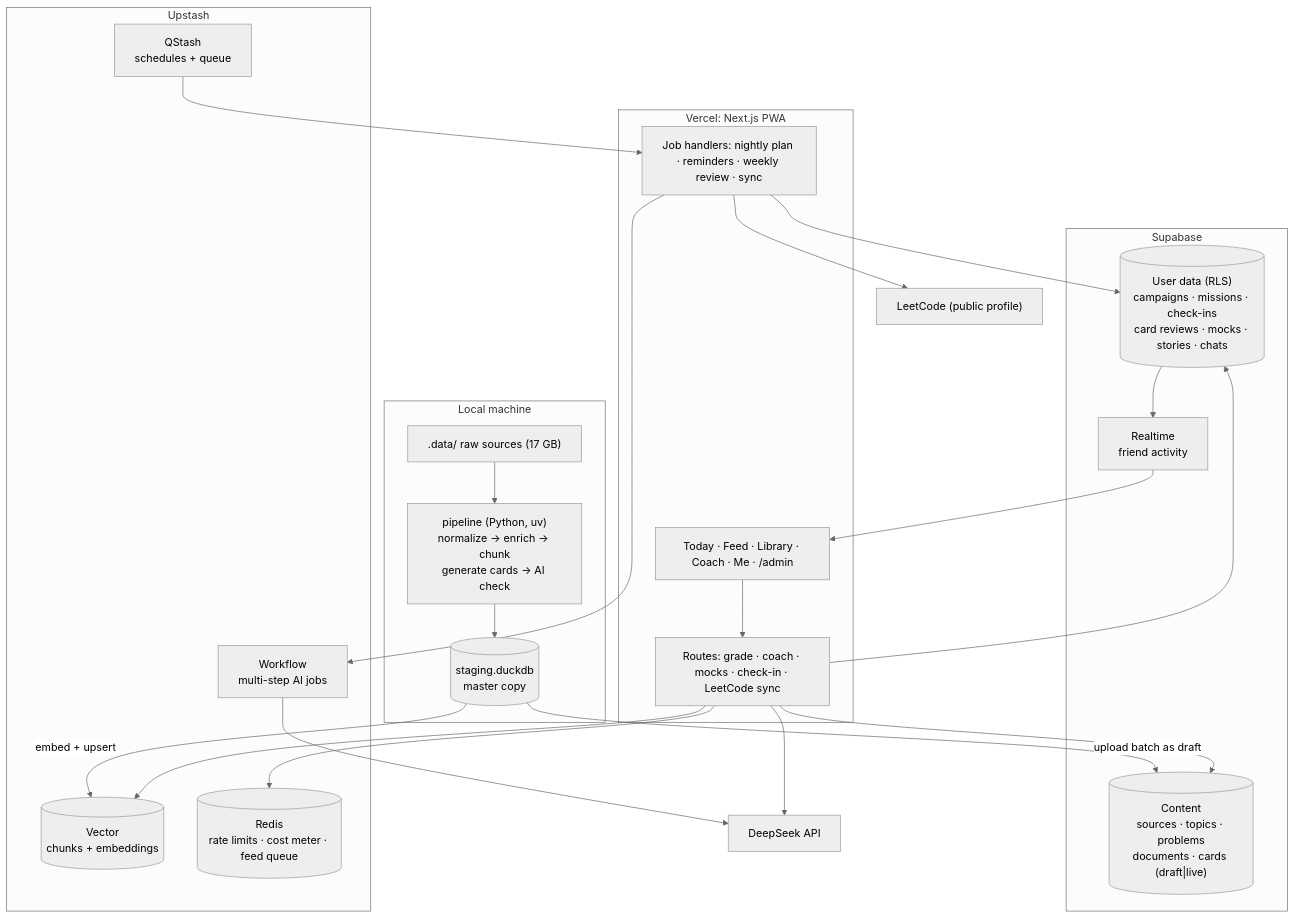
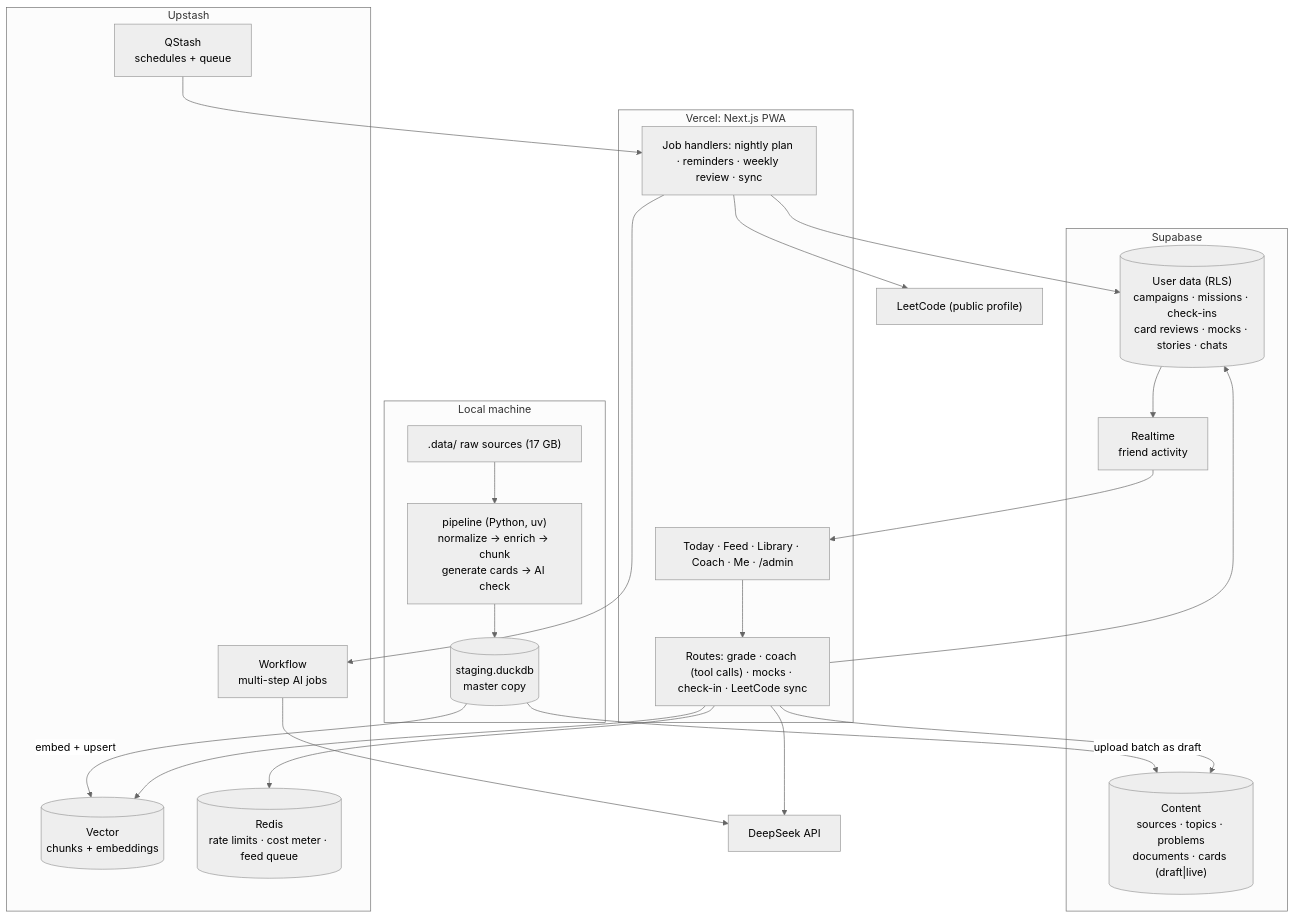
One commit to Am4nn/90X changed the diagram in .planning/SPEC.md. Above: the diagram before and after it, drawn with Mermaid (neutral theme). The commit also changed other lines of this file, not shown here.

Commit message:
Spec: tool-using coach with read tools and confirm-to-act actions

````diff
--- a/.planning/SPEC.md
+++ b/.planning/SPEC.md
@@ -71,42 +72,42 @@
 ```mermaid
 flowchart TB
   subgraph Local["Local machine"]
     RAW[".data/ raw sources (17 GB)"]
     PIPE["pipeline (Python, uv)<br/>normalize → enrich → chunk<br/>generate cards → AI check"]
     STG[("staging.duckdb<br/>master copy")]
     RAW --> PIPE --> STG
   end
 
   subgraph Upstash
     VEC[("Vector<br/>chunks + embeddings")]
     RED[("Redis<br/>rate limits · cost meter · feed queue")]
     QS["QStash<br/>schedules + queue"]
     WF["Workflow<br/>multi-step AI jobs"]
   end
 
   subgraph Supabase
     CONTENT[("Content<br/>sources · topics · problems<br/>documents · cards (draft|live)")]
     USER[("User data (RLS)<br/>campaigns · missions · check-ins<br/>card reviews · mocks · stories · chats")]
     RT["Realtime<br/>friend activity"]
   end
 
   subgraph Vercel["Vercel: Next.js PWA"]
     UI["Today · Feed · Library · Coach · Me · /admin"]
-    API["Routes: grade · coach · mocks · check-in · LeetCode sync"]
+    API["Routes: grade · coach (tool calls) · mocks · check-in · LeetCode sync"]
     JOBS["Job handlers: nightly plan · reminders · weekly review · sync"]
   end
 
   DS["DeepSeek API"]
   LC["LeetCode (public profile)"]
 
   STG -- "upload batch as draft" --> CONTENT
   STG -- "embed + upsert" --> VEC
   UI --> API
   API --> CONTENT & USER & RED & VEC
   API --> DS
   QS --> JOBS
   JOBS --> WF --> DS
   JOBS --> USER
   JOBS --> LC
   USER --> RT --> UI
 ```
````
